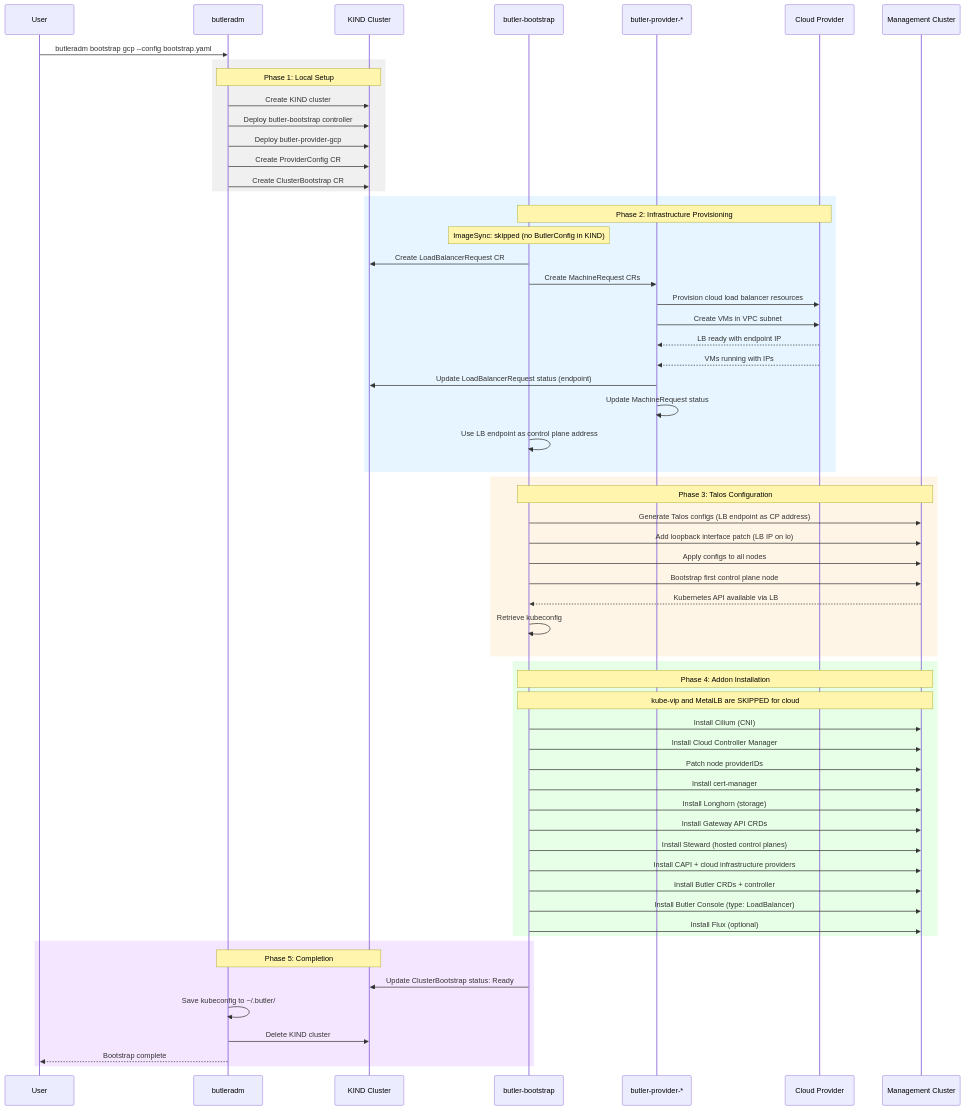
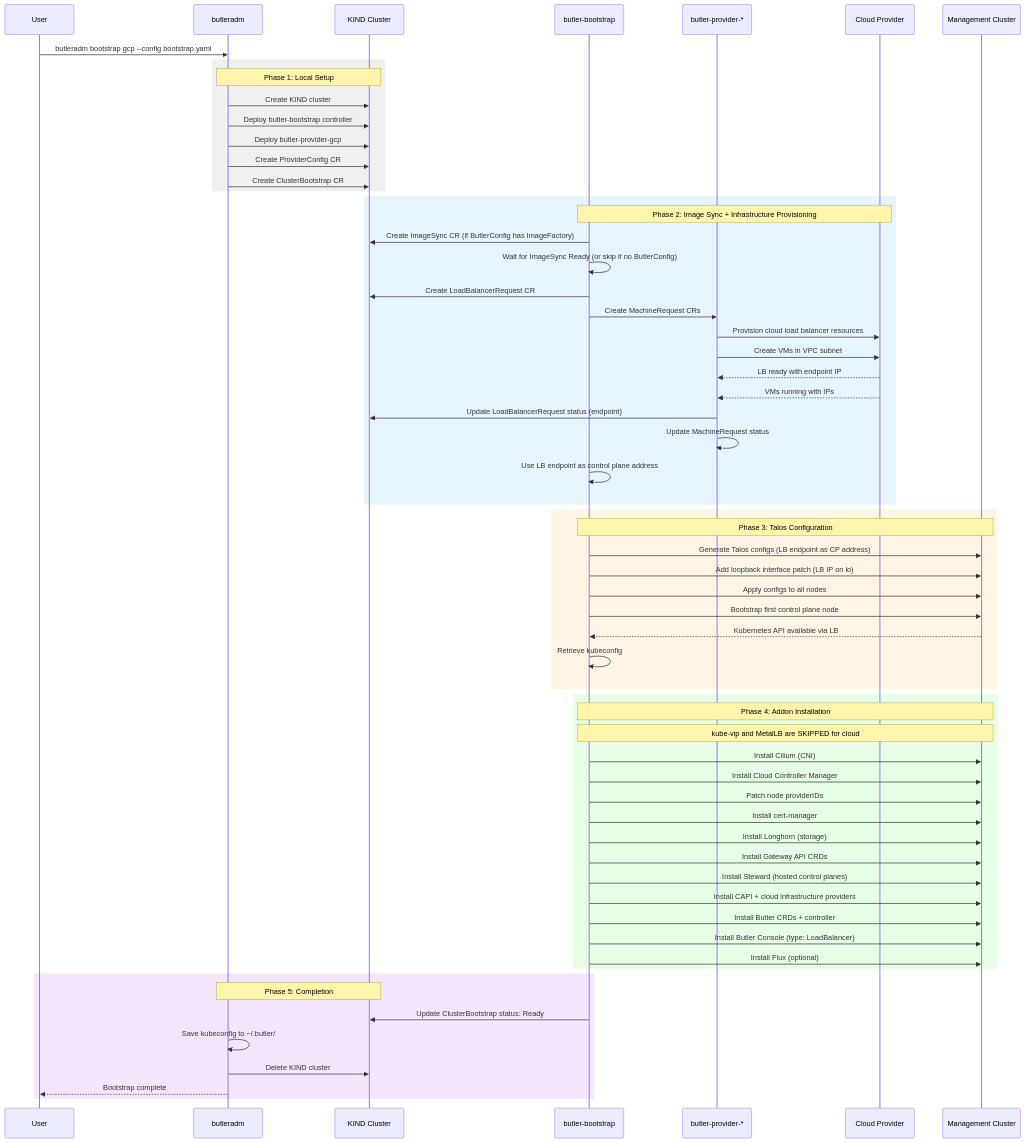
One commit to butlerdotdev/butler changed the second of 2 diagrams in docs/architecture/bootstrap-flow.md. Above: the diagram before and after it, drawn with Mermaid. The commit also changed other lines of this file, not shown here.

First line of the commit message:
docs: frame ImageSync as intended bootstrap flow

````diff
--- a/docs/architecture/bootstrap-flow.md
+++ b/docs/architecture/bootstrap-flow.md
@@ -109,69 +110,70 @@
 ```mermaid
 sequenceDiagram
     participant User
     participant CLI as butleradm
     participant KIND as KIND Cluster
     participant Bootstrap as butler-bootstrap
     participant Provider as butler-provider-*
     participant Cloud as Cloud Provider
     participant MC as Management Cluster
 
     User->>CLI: butleradm bootstrap gcp --config bootstrap.yaml
 
     rect rgb(240, 240, 240)
         Note over CLI,KIND: Phase 1: Local Setup
         CLI->>KIND: Create KIND cluster
         CLI->>KIND: Deploy butler-bootstrap controller
         CLI->>KIND: Deploy butler-provider-gcp
         CLI->>KIND: Create ProviderConfig CR
         CLI->>KIND: Create ClusterBootstrap CR
     end
 
     rect rgb(230, 245, 255)
-        Note over Bootstrap,Cloud: Phase 2: Infrastructure Provisioning
-        Note over Bootstrap: ImageSync: skipped (no ButlerConfig in KIND)
+        Note over Bootstrap,Cloud: Phase 2: Image Sync + Infrastructure Provisioning
+        Bootstrap->>KIND: Create ImageSync CR (if ButlerConfig has ImageFactory)
+        Bootstrap->>Bootstrap: Wait for ImageSync Ready (or skip if no ButlerConfig)
         Bootstrap->>KIND: Create LoadBalancerRequest CR
         Bootstrap->>Provider: Create MachineRequest CRs
         Provider->>Cloud: Provision cloud load balancer resources
         Provider->>Cloud: Create VMs in VPC subnet
         Cloud-->>Provider: LB ready with endpoint IP
         Cloud-->>Provider: VMs running with IPs
         Provider->>KIND: Update LoadBalancerRequest status (endpoint)
         Provider->>Provider: Update MachineRequest status
         Bootstrap->>Bootstrap: Use LB endpoint as control plane address
     end
 
     rect rgb(255, 245, 230)
         Note over Bootstrap,MC: Phase 3: Talos Configuration
         Bootstrap->>MC: Generate Talos configs (LB endpoint as CP address)
         Bootstrap->>MC: Add loopback interface patch (LB IP on lo)
         Bootstrap->>MC: Apply configs to all nodes
         Bootstrap->>MC: Bootstrap first control plane node
         MC-->>Bootstrap: Kubernetes API available via LB
         Bootstrap->>Bootstrap: Retrieve kubeconfig
     end
 
     rect rgb(230, 255, 230)
         Note over Bootstrap,MC: Phase 4: Addon Installation
         Note over Bootstrap,MC: kube-vip and MetalLB are SKIPPED for cloud
         Bootstrap->>MC: Install Cilium (CNI)
         Bootstrap->>MC: Install Cloud Controller Manager
         Bootstrap->>MC: Patch node providerIDs
         Bootstrap->>MC: Install cert-manager
         Bootstrap->>MC: Install Longhorn (storage)
         Bootstrap->>MC: Install Gateway API CRDs
         Bootstrap->>MC: Install Steward (hosted control planes)
         Bootstrap->>MC: Install CAPI + cloud infrastructure providers
         Bootstrap->>MC: Install Butler CRDs + controller
         Bootstrap->>MC: Install Butler Console (type: LoadBalancer)
         Bootstrap->>MC: Install Flux (optional)
     end
 
     rect rgb(245, 230, 255)
         Note over CLI,KIND: Phase 5: Completion
         Bootstrap->>KIND: Update ClusterBootstrap status: Ready
         CLI->>CLI: Save kubeconfig to ~/.butler/
         CLI->>KIND: Delete KIND cluster
         CLI-->>User: Bootstrap complete
     end
 ```
````
